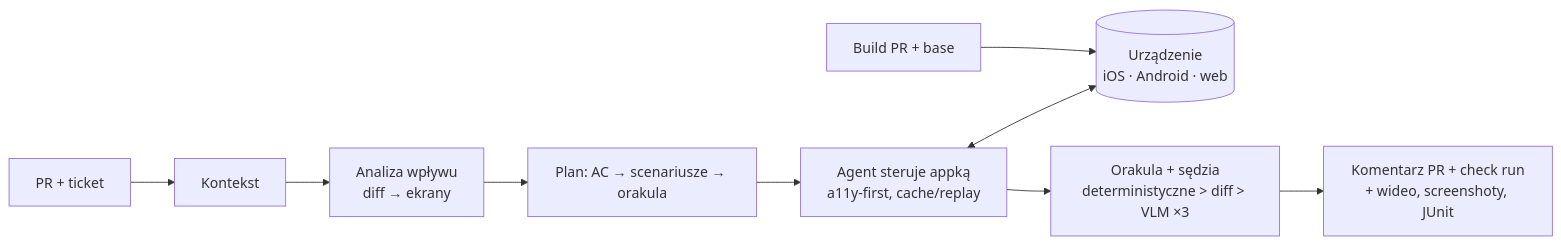
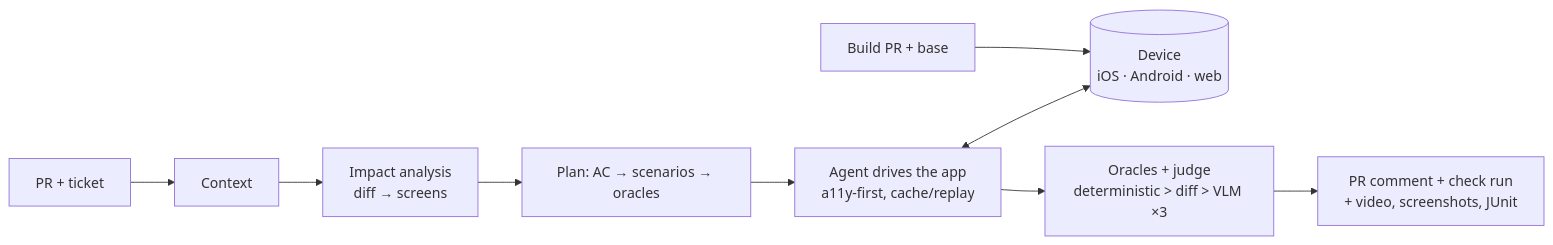
The diagram in README.md (Thioby/revlee), drawn with Mermaid before and after one commit. The commit also changed other lines of this file and 11 other files, not shown here.

````diff
--- a/README.md
+++ b/README.md
@@ -11,9 +11,9 @@
 ```mermaid
 flowchart LR
-  PR[PR + ticket] --> CTX[Kontekst] --> IMP[Analiza wpływu<br/>diff → ekrany] --> PLAN[Plan: AC → scenariusze → orakula]
-  PLAN --> EXEC[Agent steruje appką<br/>a11y-first, cache/replay]
-  BUILD[Build PR + base] --> DEV[(Urządzenie<br/>iOS · Android · web)]
+  PR[PR + ticket] --> CTX[Context] --> IMP[Impact analysis<br/>diff → screens] --> PLAN[Plan: AC → scenarios → oracles]
+  PLAN --> EXEC[Agent drives the app<br/>a11y-first, cache/replay]
+  BUILD[Build PR + base] --> DEV[(Device<br/>iOS · Android · web)]
   EXEC <--> DEV
-  EXEC --> JUDGE[Orakula + sędzia<br/>deterministyczne > diff > VLM ×3]
-  JUDGE --> REP[Komentarz PR + check run<br/>+ wideo, screenshoty, JUnit]
+  EXEC --> JUDGE[Oracles + judge<br/>deterministic > diff > VLM ×3]
+  JUDGE --> REP[PR comment + check run<br/>+ video, screenshots, JUnit]
 ```
````
